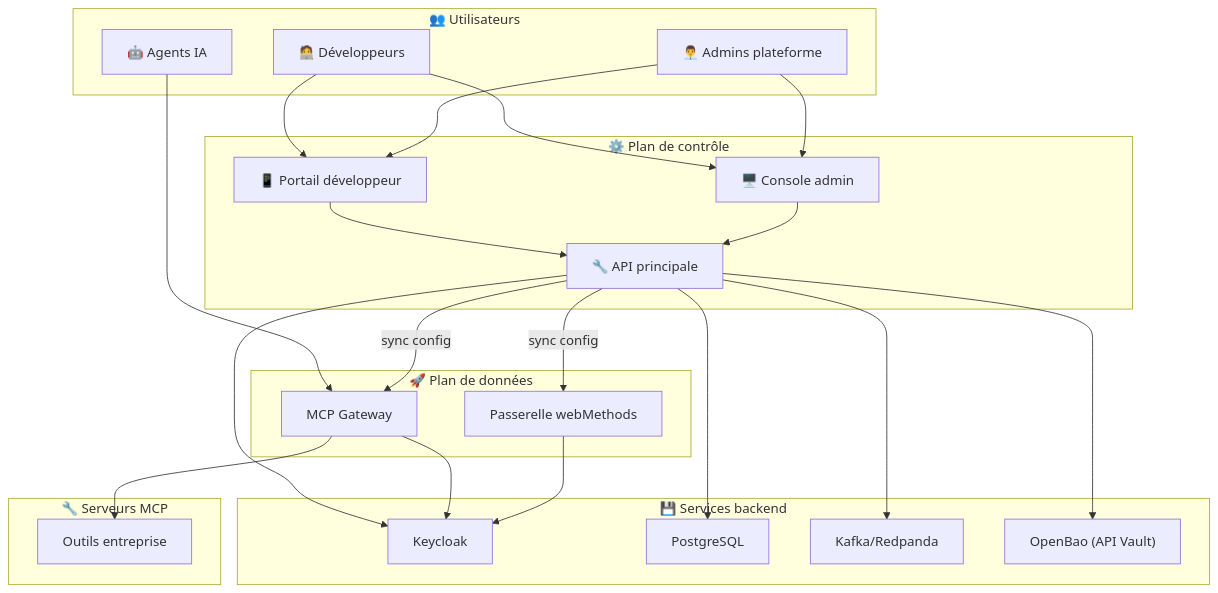
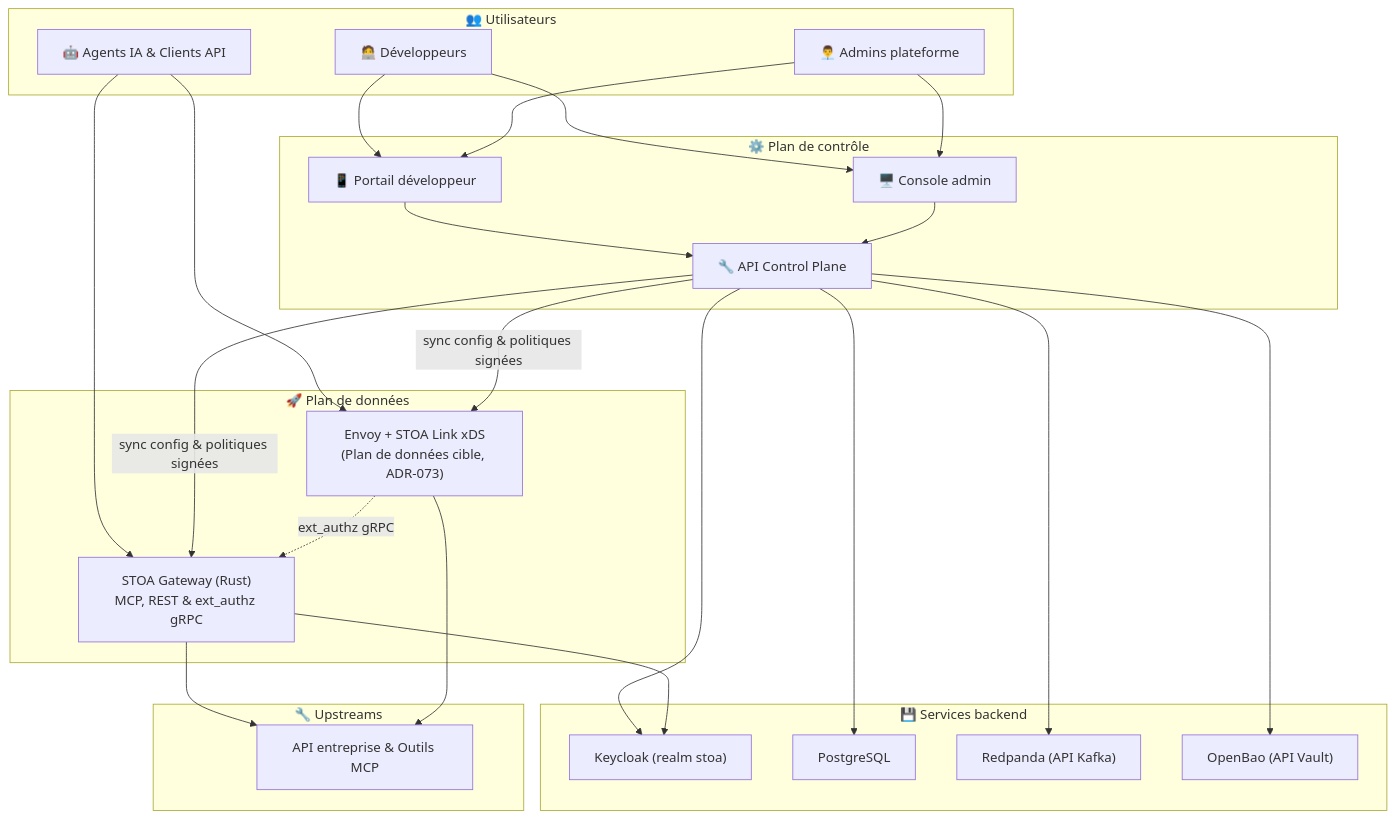
The first of 2 diagrams in i18n/fr/docusaurus-plugin-content-docs/current/concepts/architecture.md (stoa-platform/stoa-docs), drawn with Mermaid before and after one commit. The commit also changed other lines of this file and 31 other files, not shown here.

First line of the commit message:
docs(arch): align architecture, tenant model, secrets, and ADR index with ADR-073/074/075 (EN/FR)

````diff
--- a/i18n/fr/docusaurus-plugin-content-docs/current/concepts/architecture.md
+++ b/i18n/fr/docusaurus-plugin-content-docs/current/concepts/architecture.md
@@ -16,38 +16,39 @@
 ```mermaid
 flowchart TB
     subgraph Users["👥 Utilisateurs"]
         Dev["🧑‍💻 Développeurs"]
         Admin["👨‍💼 Admins plateforme"]
-        AI["🤖 Agents IA"]
+        AI["🤖 Agents IA & Clients API"]
     end
 
     subgraph ControlPlane["⚙️ Plan de contrôle"]
         Portal["📱 Portail développeur"]
         Console["🖥️ Console admin"]
-        CoreAPI["🔧 API principale"]
+        CoreAPI["🔧 API Control Plane"]
     end
 
     subgraph DataPlane["🚀 Plan de données"]
-        MCPGateway["MCP Gateway"]
-        WMGateway["Passerelle webMethods"]
+        MCPGateway["STOA Gateway (Rust)<br/>MCP, REST & ext_authz gRPC"]
+        EnvoyLink["Envoy + STOA Link xDS<br/>(Plan de données cible, ADR-073)"]
     end
 
     subgraph Backend["💾 Services backend"]
-        KC["Keycloak"]
+        KC["Keycloak (realm stoa)"]
         PG["PostgreSQL"]
-        Kafka["Kafka/Redpanda"]
+        Kafka["Redpanda (API Kafka)"]
         Vault["OpenBao (API Vault)"]
     end
 
-    subgraph MCP["🔧 Serveurs MCP"]
-        Tools["Outils entreprise"]
+    subgraph MCP["🔧 Upstreams"]
+        Tools["API entreprise & Outils MCP"]
     end
 
     Dev & Admin --> Portal & Console
-    AI --> MCPGateway
+    AI --> MCPGateway & EnvoyLink
     Portal & Console --> CoreAPI
-    CoreAPI -->|"sync config"| MCPGateway & WMGateway
-    MCPGateway --> Tools
+    CoreAPI -->|"sync config & politiques signées"| MCPGateway & EnvoyLink
+    EnvoyLink -.->|"ext_authz gRPC"| MCPGateway
+    MCPGateway & EnvoyLink --> Tools
     CoreAPI --> PG & Kafka & KC & Vault
-    MCPGateway & WMGateway --> KC
+    MCPGateway --> KC
 ```
````
